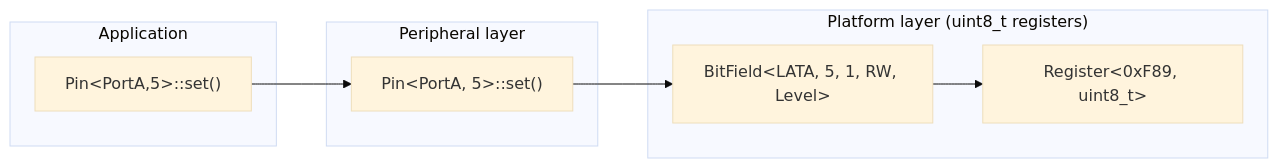
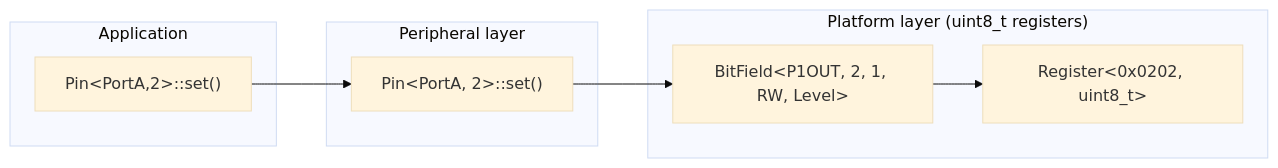
Before and after one commit to grahame-org/ohal: the eighth of 13 diagrams in docs/plan.md, drawn with Mermaid (base theme). The commit also changed other lines of this file and 7 other files, not shown here.

````diff
--- a/docs/plan.md
+++ b/docs/plan.md
@@ -482,16 +477,16 @@
 ```mermaid
 graph LR
     subgraph "Platform layer (uint8_t registers)"
-        LATA["Register&lt;0xF89, uint8_t&gt;"]
-        LAT_BIT["BitField&lt;LATA, 5, 1, RW, Level&gt;"]
+        P1OUT["Register&lt;0x0202, uint8_t&gt;"]
+        OUT_BIT["BitField&lt;P1OUT, 2, 1, RW, Level&gt;"]
     end
     subgraph "Peripheral layer"
-        PIN2["Pin&lt;PortA, 5&gt;::set()"]
+        PIN2["Pin&lt;PortA, 2&gt;::set()"]
     end
     subgraph "Application"
-        APP2["Pin&lt;PortA,5&gt;::set()"]
+        APP2["Pin&lt;PortA,2&gt;::set()"]
     end
     APP2 --> PIN2
-    PIN2 --> LAT_BIT
-    LAT_BIT --> LATA
+    PIN2 --> OUT_BIT
+    OUT_BIT --> P1OUT
 ```
````
